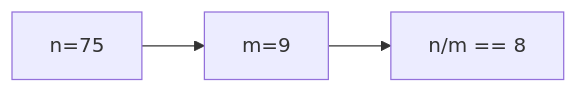
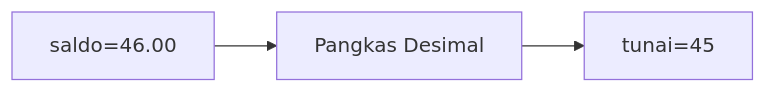
One commit to amnahwaida/OSNK_INF_PREP changed the eighth of 25 diagrams in part-c-pemahaman-cpp/01-tipe-data/latihan/set-01.md. Above: the diagram before and after it, drawn with Mermaid. The commit also changed other lines of this file and 71 other files, not shown here.

````diff
--- a/part-c-pemahaman-cpp/01-tipe-data/latihan/set-01.md
+++ b/part-c-pemahaman-cpp/01-tipe-data/latihan/set-01.md
@@ -212,5 +221,5 @@
 ```mermaid
 graph LR
-A["n=75"] --> B["m=9"]
-B --> C["n/m == 8"]
+A["saldo=46.00"] --> B["Pangkas Desimal"]
+B --> C["tunai=45"]
 ```
````
